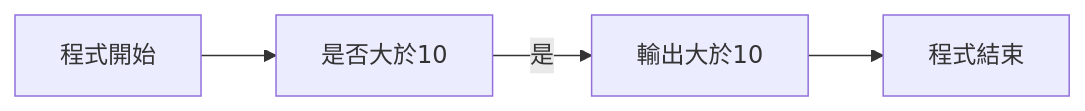
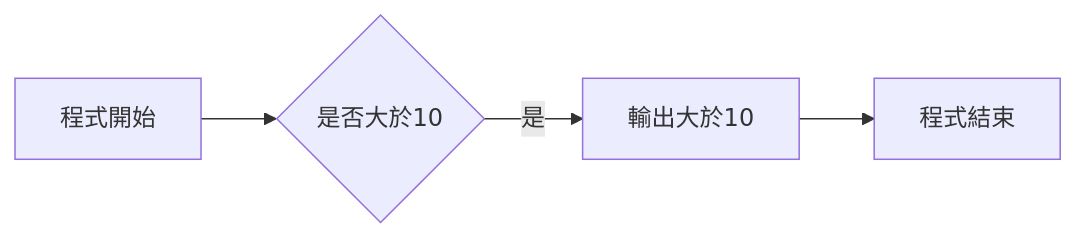
Before and after one commit to Vincenttainan/CppTeachingNote: the first of 5 diagrams in 06_condition.md, drawn with Mermaid. The commit also changed other lines of this file, not shown here.

````diff
--- a/06_condition.md
+++ b/06_condition.md
@@ -37,6 +36,6 @@
 ```mermaid
 flowchart LR
-程式開始 --> 是否大於10
-是否大於10 --> |是|輸出大於10
+程式開始 --> a{是否大於10}
+a --> |是|輸出大於10
 輸出大於10 --> 程式結束
 ```
````
